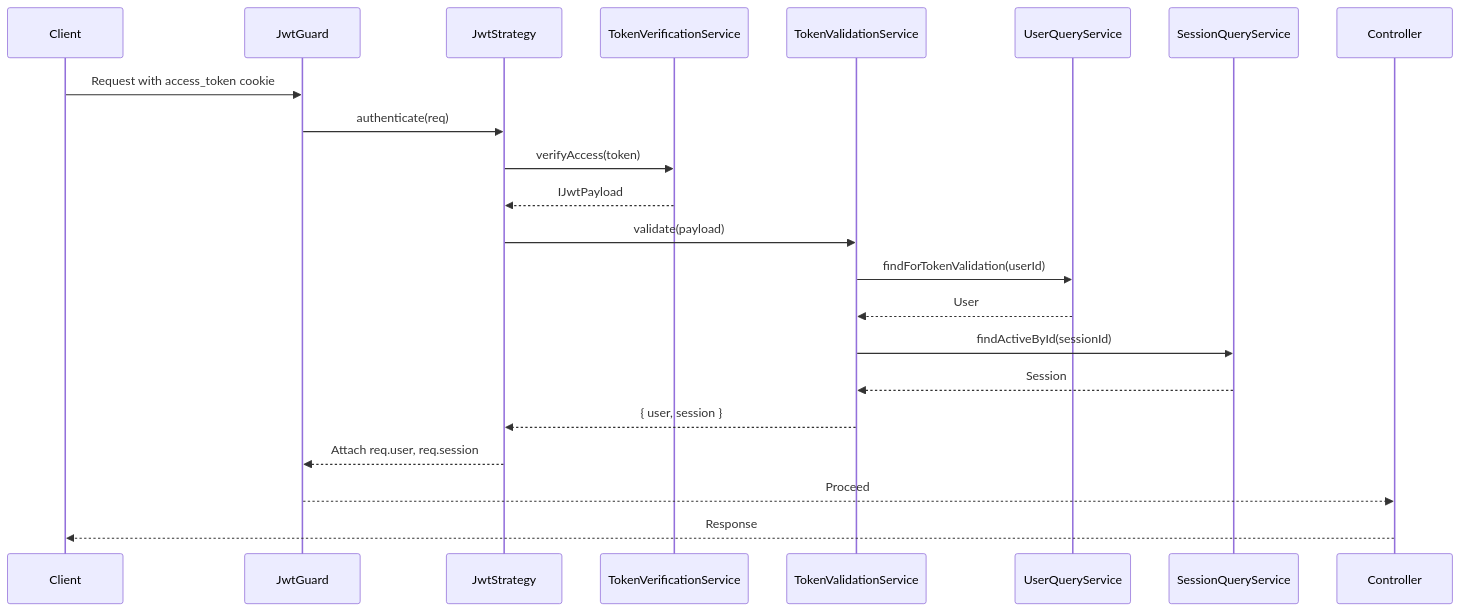
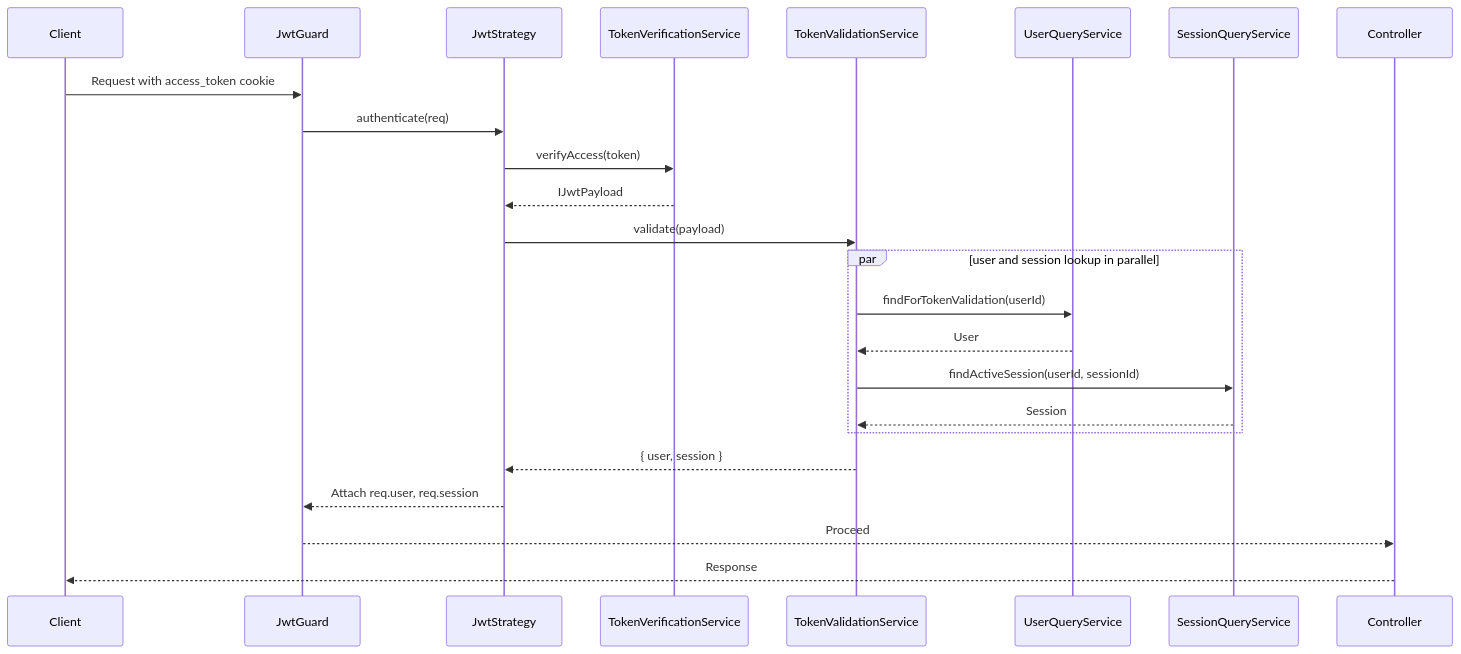
Before and after one commit to l1mindr/nest-backend: the third of 7 diagrams in docs/diagrams.md, drawn with Mermaid. The commit also changed 2 other files, not shown here.

Commit message:
perf(auth): implement LAT-004 (parallel token validation queries)

````diff
--- a/docs/diagrams.md
+++ b/docs/diagrams.md
@@ -90,29 +90,30 @@
 ```mermaid
 sequenceDiagram
     participant Client
     participant JwtGuard
     participant JwtStrategy
     participant TokenVerificationService
     participant TokenValidationService
     participant UserQueryService
     participant SessionQueryService
     participant Controller
 
     Client->>JwtGuard: Request with access_token cookie
     JwtGuard->>JwtStrategy: authenticate(req)
     JwtStrategy->>TokenVerificationService: verifyAccess(token)
     TokenVerificationService-->>JwtStrategy: IJwtPayload
 
     JwtStrategy->>TokenValidationService: validate(payload)
-    TokenValidationService->>UserQueryService: findForTokenValidation(userId)
-    UserQueryService-->>TokenValidationService: User
-
-    TokenValidationService->>SessionQueryService: findActiveById(sessionId)
-    SessionQueryService-->>TokenValidationService: Session
+    par user and session lookup in parallel
+        TokenValidationService->>UserQueryService: findForTokenValidation(userId)
+        UserQueryService-->>TokenValidationService: User
+        TokenValidationService->>SessionQueryService: findActiveSession(userId, sessionId)
+        SessionQueryService-->>TokenValidationService: Session
+    end
 
     TokenValidationService-->>JwtStrategy: { user, session }
 
     JwtStrategy-->>JwtGuard: Attach req.user, req.session
     JwtGuard-->>Controller: Proceed
     Controller-->>Client: Response
 ```
````
